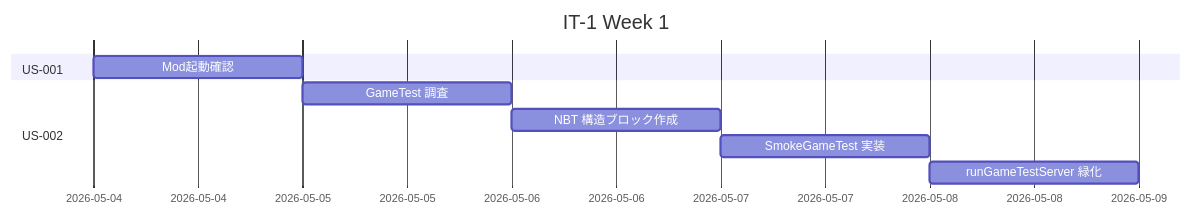
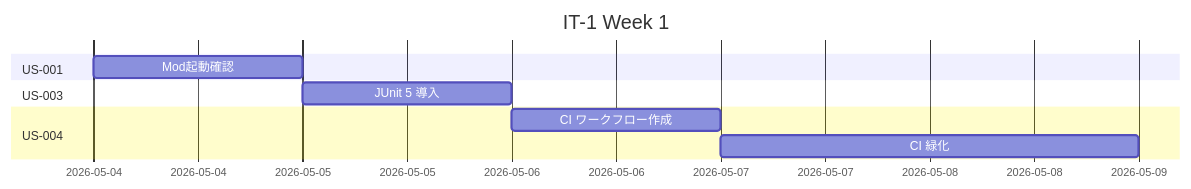
One commit to k2works/ai-programing-exercise changed the first of 4 diagrams in docs/development/iteration_plan-1.md. Above: the diagram before and after it, drawn with Mermaid. The commit also changed other lines of this file and 3 other files, not shown here.

Commit message:
docs(development): NeoForge 1.21.11 GameTest API 刷新を踏まえ US-002 を IT-1 から IT-2 へ移送

````diff
--- a/docs/development/iteration_plan-1.md
+++ b/docs/development/iteration_plan-1.md
@@ -161,12 +140,12 @@
 ```mermaid
 gantt
     title IT-1 Week 1
     dateFormat  YYYY-MM-DD
     section US-001
     Mod起動確認          :d1, 2026-05-04, 1d
-    section US-002
-    GameTest 調査        :d2, after d1, 1d
-    NBT 構造ブロック作成 :d3, after d2, 1d
-    SmokeGameTest 実装   :d4, after d3, 1d
-    runGameTestServer 緑化:d5, after d4, 1d
+    section US-003
+    JUnit 5 導入         :d2, after d1, 1d
+    section US-004
+    CI ワークフロー作成  :d3, after d2, 1d
+    CI 緑化              :d4, after d3, 2d
 ```
````
